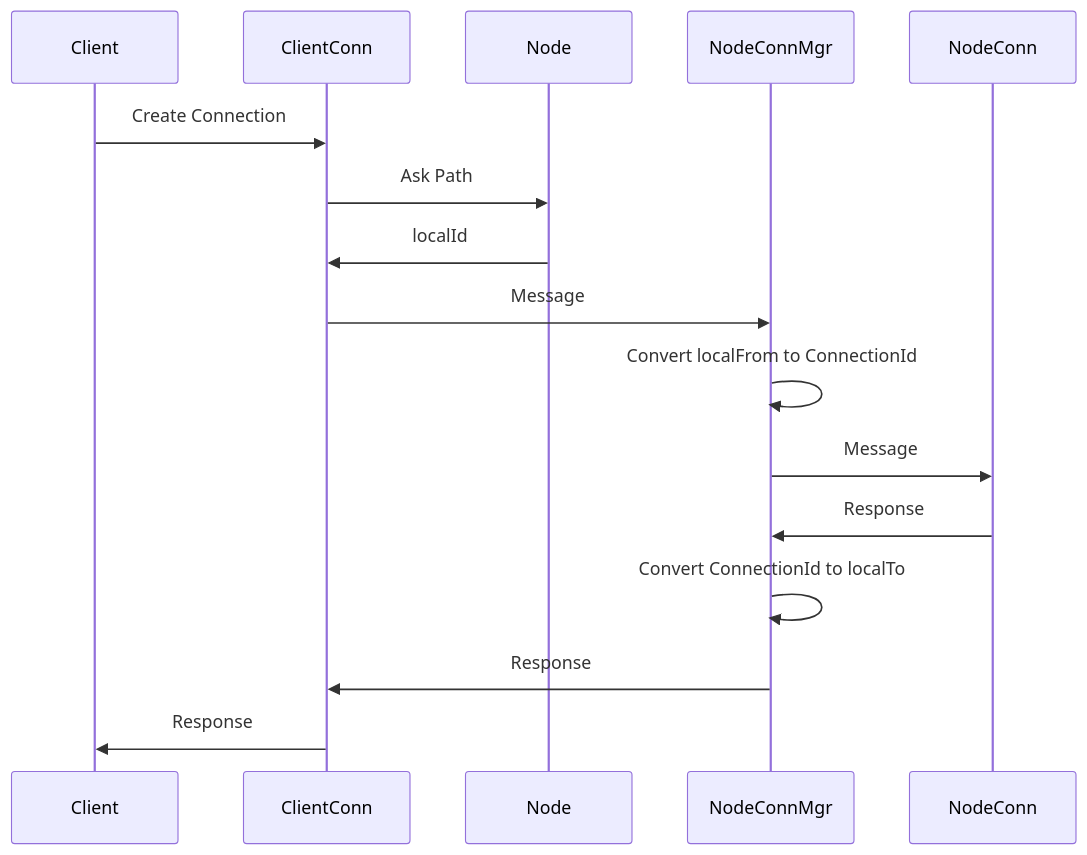
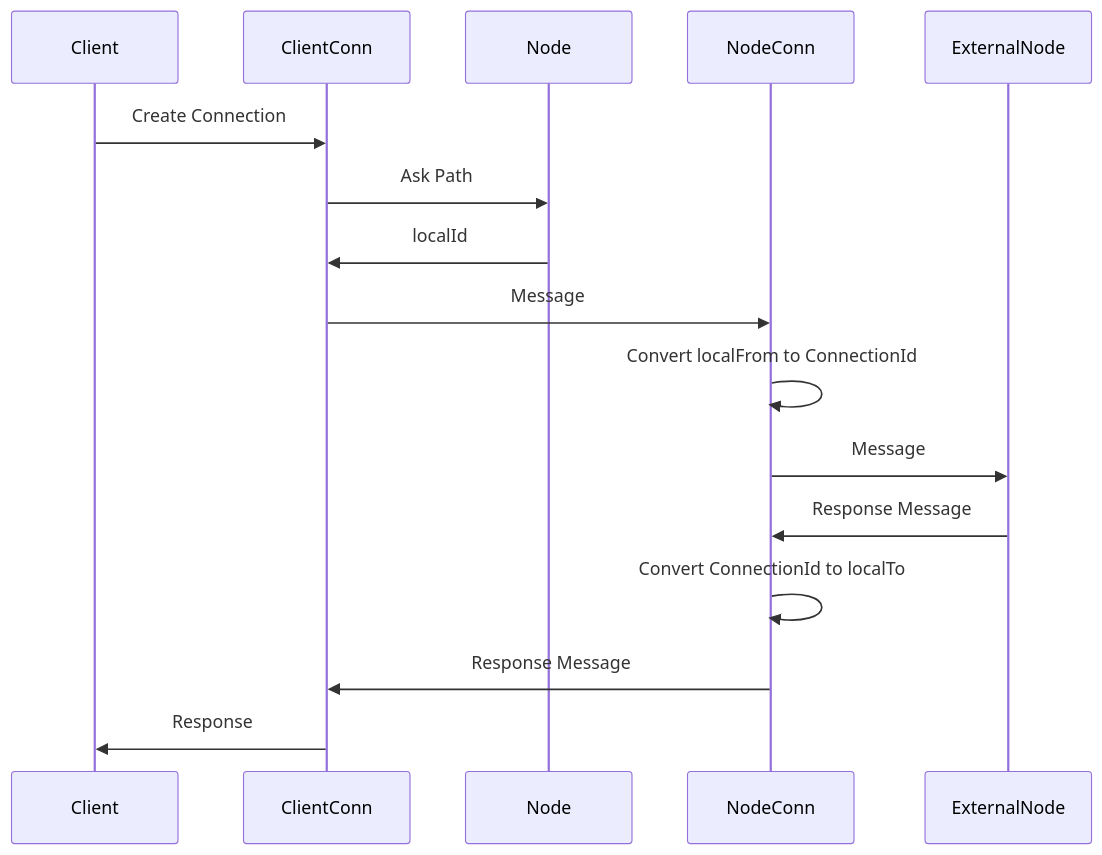
The second of 3 diagrams in readme.md (iwanhae/localStar), drawn with Mermaid before and after one commit. The commit also changed other lines of this file and 6 other files, not shown here.

````diff
--- a/readme.md
+++ b/readme.md
@@ -71,19 +71,19 @@
 ```mermaid
 sequenceDiagram
 	participant Client
 	participant ClientConn
 	participant Node
-	participant NodeConnMgr
 	participant NodeConn
+	participant ExternalNode
 	
 	Client->>ClientConn:Create Connection
 	ClientConn->>Node:Ask Path
 	Node->>ClientConn: localId
-	ClientConn->>NodeConnMgr:Message
-	NodeConnMgr->>NodeConnMgr:Convert localFrom to ConnectionId
-	NodeConnMgr->>NodeConn:Message
-	NodeConn->>NodeConnMgr:Response
-	NodeConnMgr->>NodeConnMgr:Convert ConnectionId to localTo
-	NodeConnMgr->>ClientConn:Response
+	ClientConn->>NodeConn:Message
+	NodeConn->>NodeConn:Convert localFrom to ConnectionId
+	NodeConn->>ExternalNode:Message
+	ExternalNode->>NodeConn:Response Message
+	NodeConn->>NodeConn:Convert ConnectionId to localTo
+	NodeConn->>ClientConn:Response Message
 	ClientConn->>Client:Response	
 ```
````
